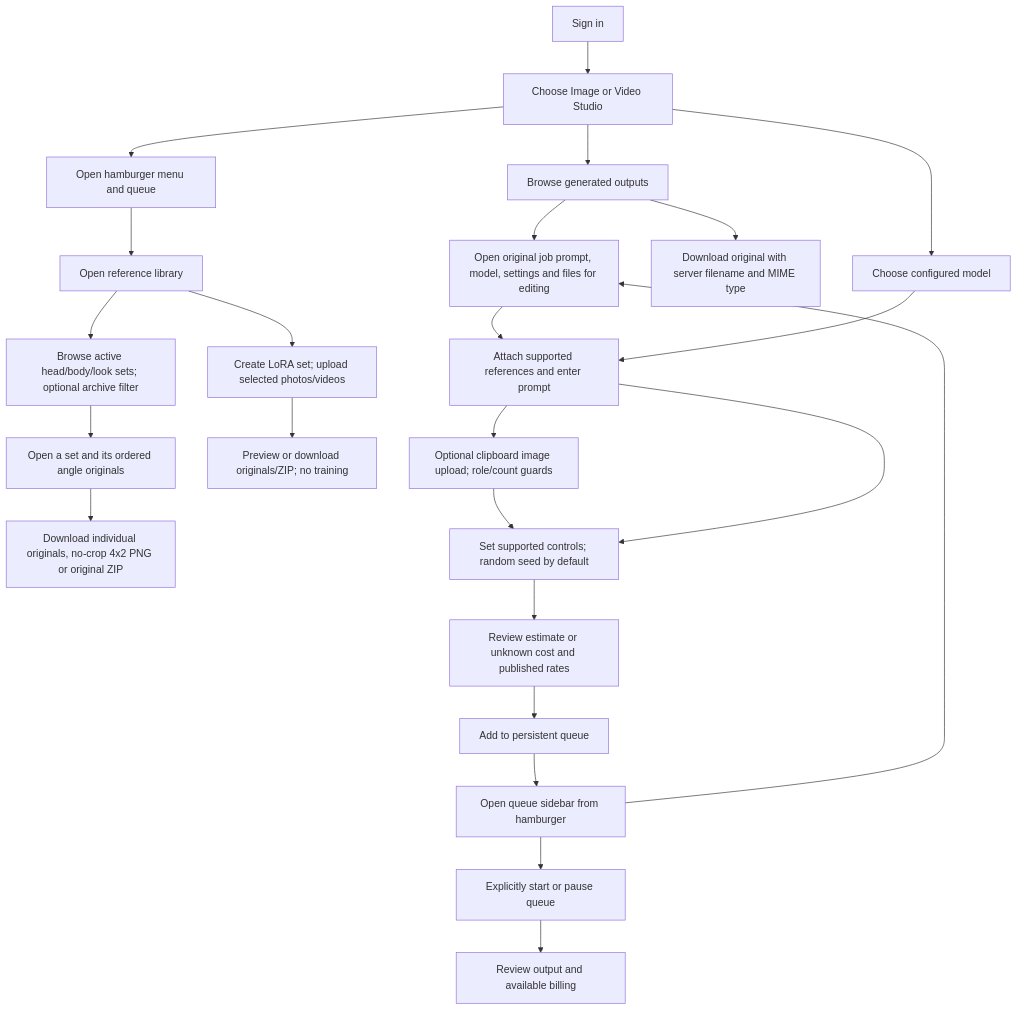
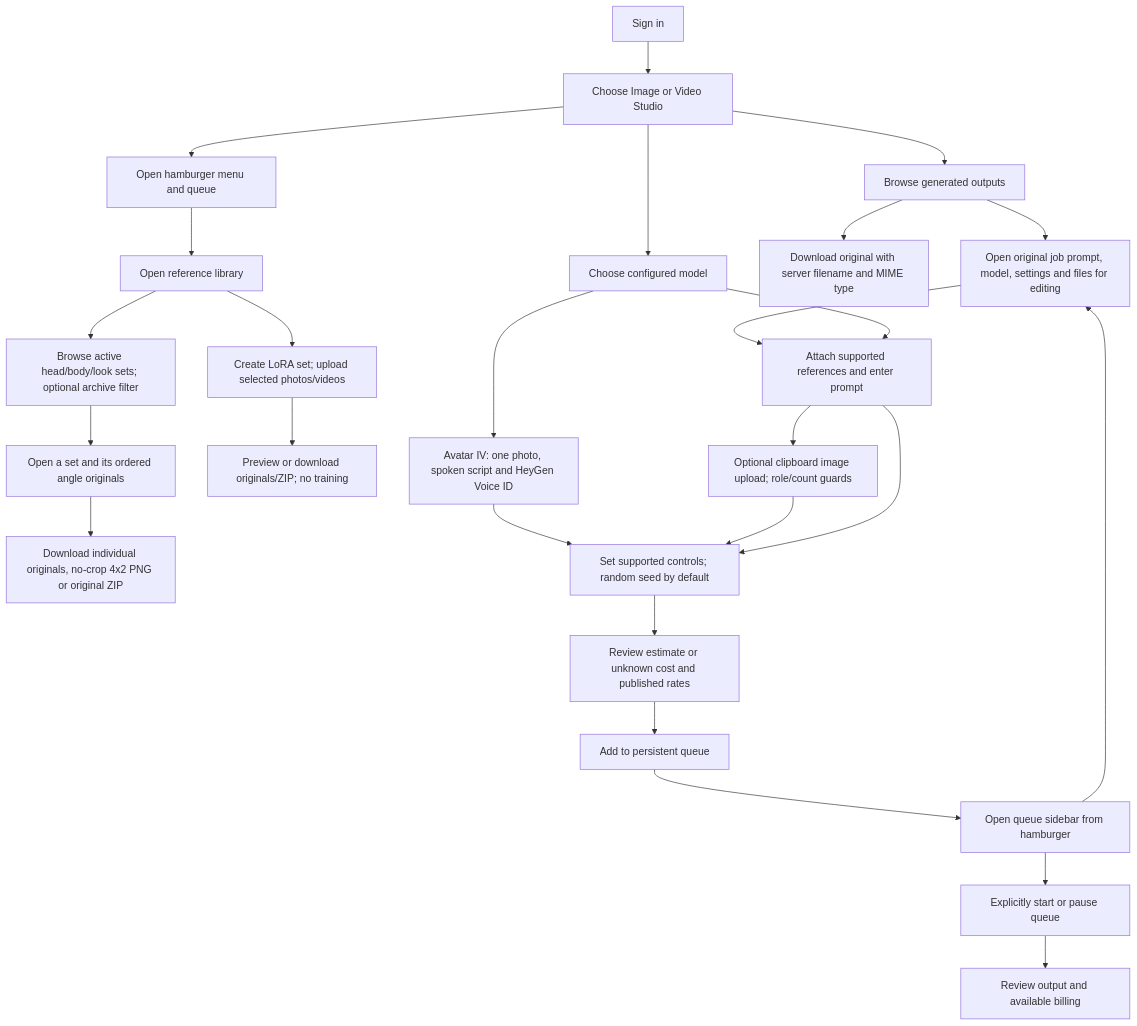
The diagram in docs/diagrams/user-journey.md (v-v-l/Open-Generative-AI), drawn with Mermaid before and after one commit. The commit also changed 13 other files, not shown here.

Commit message:
Add HeyGen Avatar IV script adapter and verified requested video capabilities

````diff
--- a/docs/diagrams/user-journey.md
+++ b/docs/diagrams/user-journey.md
@@ -6,26 +6,28 @@
 ```mermaid
 flowchart TD
   Login[Sign in] --> Studio[Choose Image or Video Studio]
   Studio --> Menu[Open hamburger menu and queue]
   Menu --> Library[Open reference library]
   Library --> Sets[Browse active head/body/look sets; optional archive filter]
   Sets --> Detail[Open a set and its ordered angle originals]
   Detail --> Downloads[Download individual originals, no-crop 4x2 PNG or original ZIP]
   Studio --> Gallery[Browse generated outputs]
   Gallery --> Recreate[Open original job prompt, model, settings and files for editing]
   Sidebar --> Recreate
   Recreate --> Inputs
   Gallery --> Original[Download original with server filename and MIME type]
   Library --> LoRA[Create LoRA set; upload selected photos/videos]
   LoRA --> Export[Preview or download originals/ZIP; no training]
   Studio --> Model[Choose configured model]
   Model --> Inputs[Attach supported references and enter prompt]
+  Model --> Avatar[Avatar IV: one photo, spoken script and HeyGen Voice ID]
+  Avatar --> Settings
   Inputs --> Clipboard[Optional clipboard image upload; role/count guards]
   Clipboard --> Settings
   Inputs --> Settings[Set supported controls; random seed by default]
   Settings --> Quote[Review estimate or unknown cost and published rates]
   Quote --> Enqueue[Add to persistent queue]
   Enqueue --> Sidebar[Open queue sidebar from hamburger]
   Sidebar --> Start[Explicitly start or pause queue]
   Start --> Result[Review output and available billing]
 ```
````
